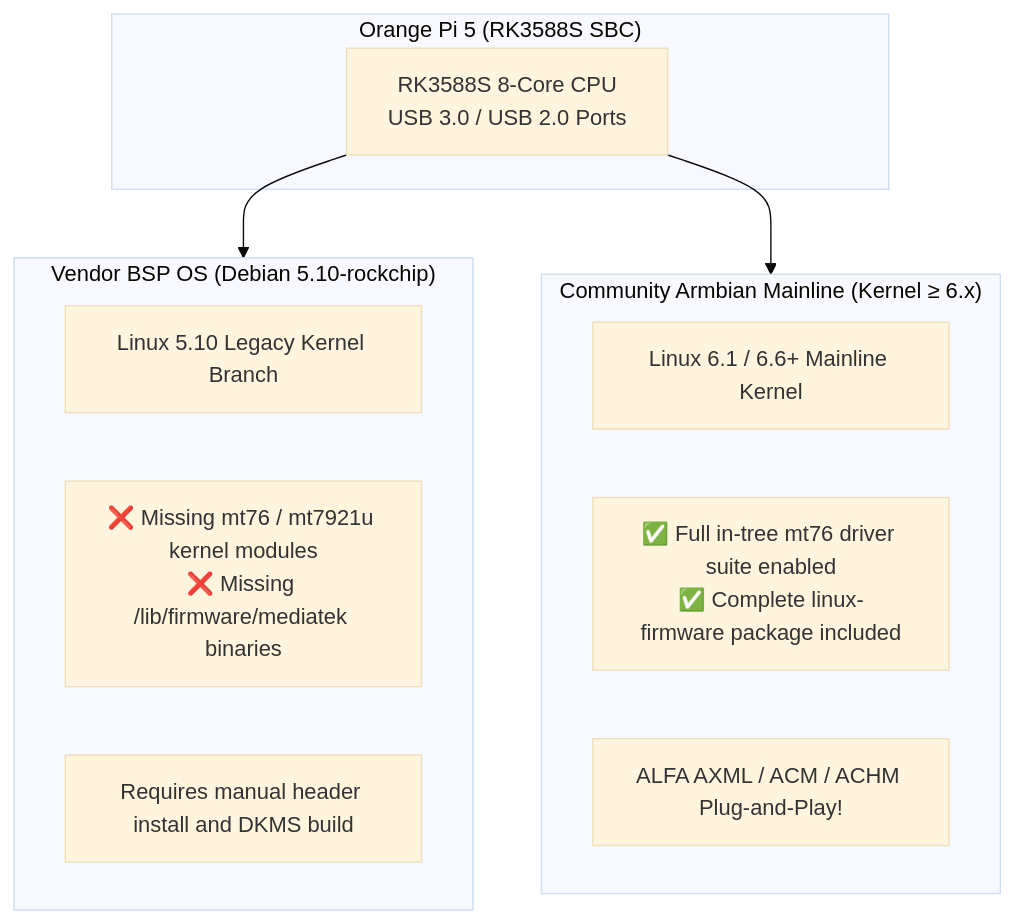
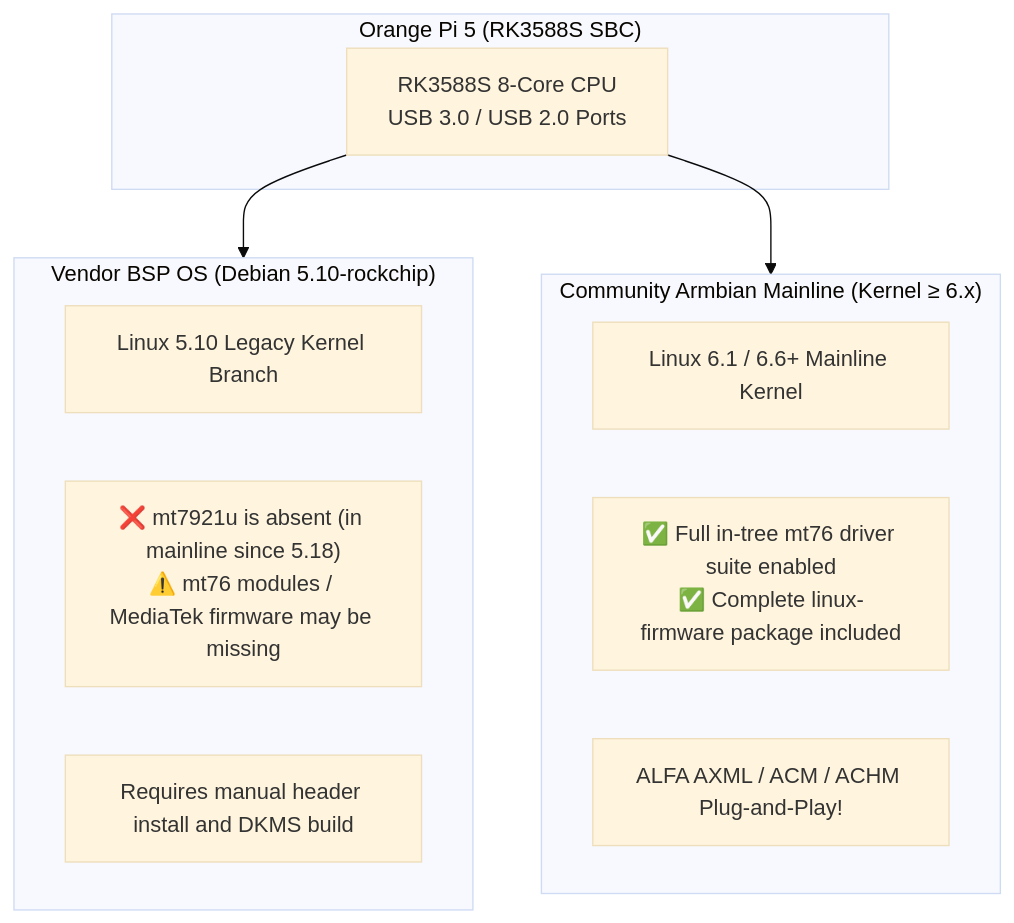
The diagram in docs/01-alfa-network/hardware/orange-pi/index.md (yopitek/yupitek-wiki), drawn with Mermaid (base theme) before and after one commit. The commit also changed other lines of this file and 108 other files, not shown here.

````diff
--- a/docs/01-alfa-network/hardware/orange-pi/index.md
+++ b/docs/01-alfa-network/hardware/orange-pi/index.md
@@ -31,21 +33,21 @@
 ```mermaid
 flowchart TD
     subgraph SBC["Orange Pi 5 (RK3588S SBC)"]
         Hardware["RK3588S 8-Core CPU<br/>USB 3.0 / USB 2.0 Ports"]
     end
 
     subgraph Vendor["Vendor BSP OS (Debian 5.10-rockchip)"]
         VCore["Linux 5.10 Legacy Kernel Branch"]
-        VDrviers["❌ Missing mt76 / mt7921u kernel modules<br/>❌ Missing /lib/firmware/mediatek binaries"]
+        VDrviers["❌ mt7921u is absent (in mainline since 5.18)<br/>⚠️ mt76 modules / MediaTek firmware may be missing"]
         VResult["Requires manual header install and DKMS build"]
     end
 
     subgraph Armbian["Community Armbian Mainline (Kernel ≥ 6.x)"]
         ACore["Linux 6.1 / 6.6+ Mainline Kernel"]
         ADrivers["✅ Full in-tree mt76 driver suite enabled<br/>✅ Complete linux-firmware package included"]
         AResult["ALFA AXML / ACM / ACHM Plug-and-Play!"]
     end
 
     Hardware --> Vendor
     Hardware --> Armbian
 ```
````
